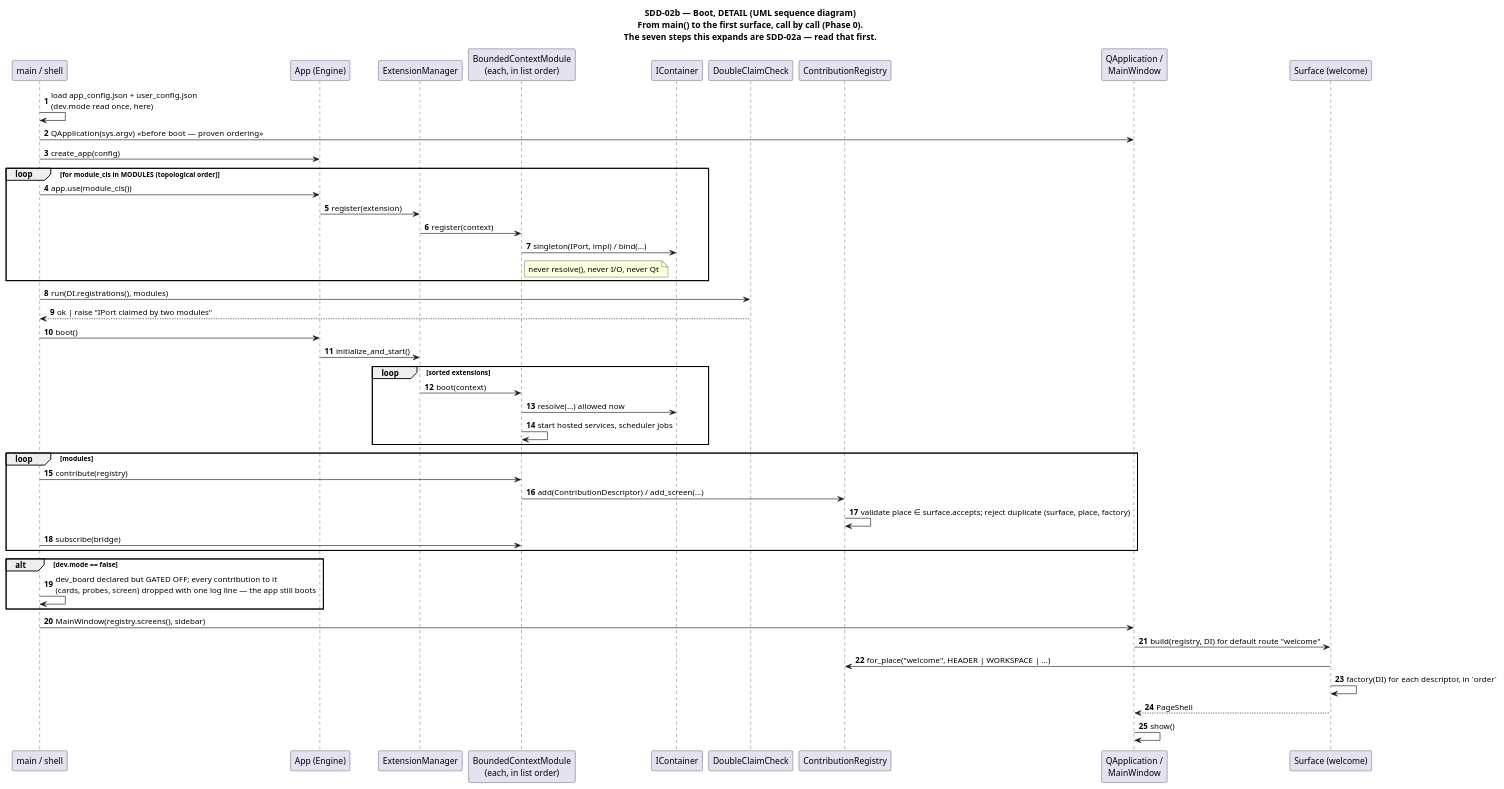
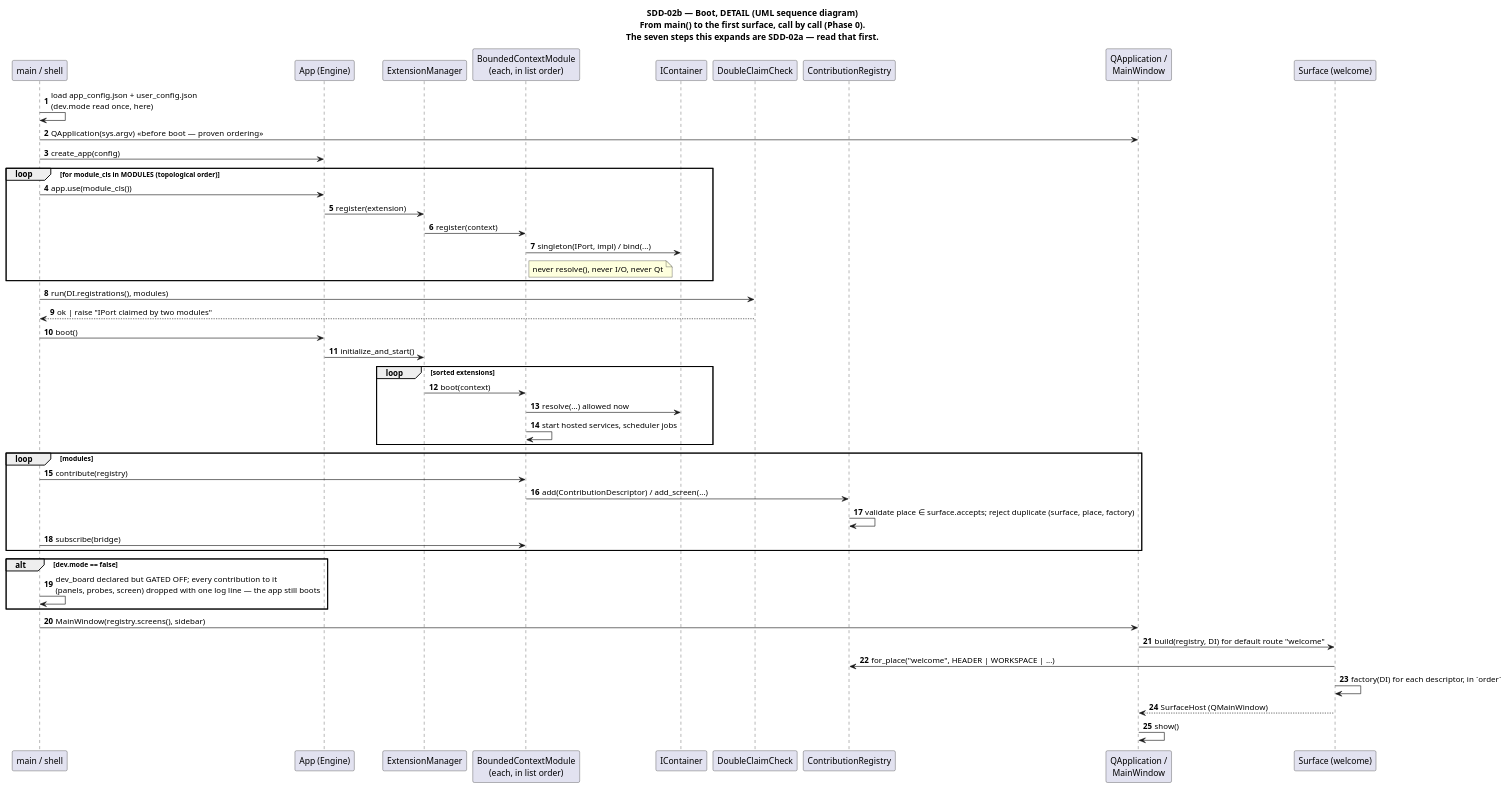
Before and after one commit to anhembedded/Sagittarius_Elite_Warrior: the diagram in Docs/SDD/diagrams/sdd-02b_boot_sequence.puml, drawn with PlantUML. The commit also changed 23 other files, not shown here.

First line of the commit message:
Docs: ADR D20–D22 — QtWidgets only, the OS theme, panels and dialogs instead of cards; HLD §11

```diff
--- a/Docs/SDD/diagrams/sdd-02b_boot_sequence.puml
+++ b/Docs/SDD/diagrams/sdd-02b_boot_sequence.puml
@@ -1,48 +1,48 @@
 @startuml sdd-02b_boot_sequence
 title SDD-02b — Boot, DETAIL (UML **sequence diagram**)\nFrom main() to the first surface, call by call (Phase 0).\nThe seven steps this expands are SDD-02a — read that first.
 autonumber
 participant "main / shell" as Main
 participant "App (Engine)" as App
 participant "ExtensionManager" as EM
 participant "BoundedContextModule\n(each, in list order)" as Mod
 participant "IContainer" as DI
 participant "DoubleClaimCheck" as DC
 participant "ContributionRegistry" as Reg
 participant "QApplication /\nMainWindow" as Qt
 participant "Surface (welcome)" as Surf
 
 Main -> Main : load app_config.json + user_config.json\n(dev.mode read once, here)
 Main -> Qt : QApplication(sys.argv)  <<before boot — proven ordering>>
 Main -> App : create_app(config)
 loop for module_cls in MODULES (topological order)
   Main -> App : app.use(module_cls())
   App -> EM : register(extension)
   EM -> Mod : register(context)
   Mod -> DI : singleton(IPort, impl) / bind(...)
   note right of Mod : never resolve(), never I/O, never Qt
 end
 Main -> DC : run(DI.registrations(), modules)
 DC --> Main : ok | raise "IPort claimed by two modules"
 Main -> App : boot()
 App -> EM : initialize_and_start()
 loop sorted extensions
   EM -> Mod : boot(context)
   Mod -> DI : resolve(...) allowed now
   Mod -> Mod : start hosted services, scheduler jobs
 end
 loop modules
   Main -> Mod : contribute(registry)
   Mod -> Reg : add(ContributionDescriptor) / add_screen(...)
   Reg -> Reg : validate place ∈ surface.accepts; reject duplicate (surface, place, factory)
   Main -> Mod : subscribe(bridge)
 end
 alt dev.mode == false
-  Main -> Main : dev_board declared but GATED OFF; every contribution to it\n(cards, probes, screen) dropped with one log line — the app still boots
+  Main -> Main : dev_board declared but GATED OFF; every contribution to it\n(panels, probes, screen) dropped with one log line — the app still boots
 end
 Main -> Qt : MainWindow(registry.screens(), sidebar)
 Qt -> Surf : build(registry, DI) for default route "welcome"
 Surf -> Reg : for_place("welcome", HEADER | WORKSPACE | ...)
 Surf -> Surf : factory(DI) for each descriptor, in `order`
-Surf --> Qt : PageShell
+Surf --> Qt : SurfaceHost (QMainWindow)
 Qt -> Qt : show()
 @enduml
```
